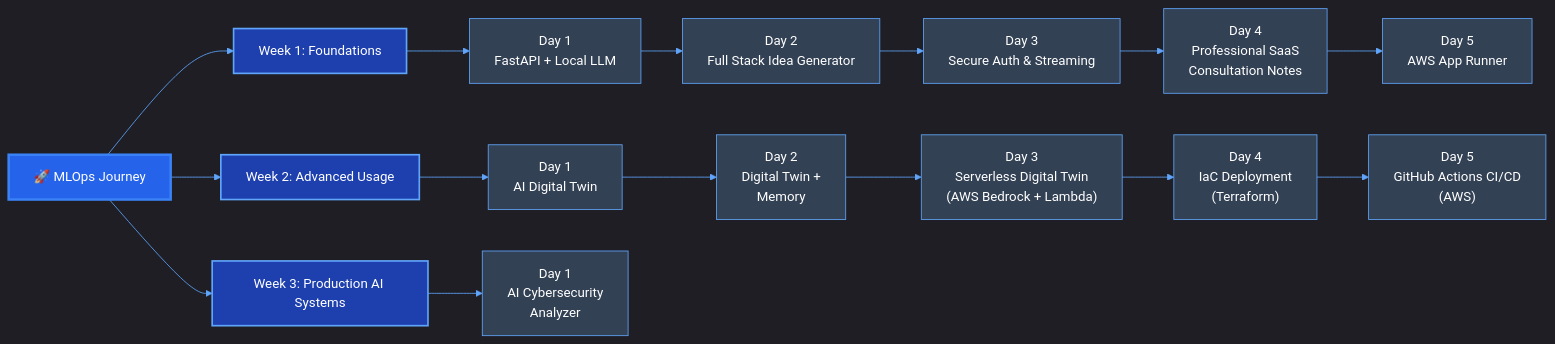
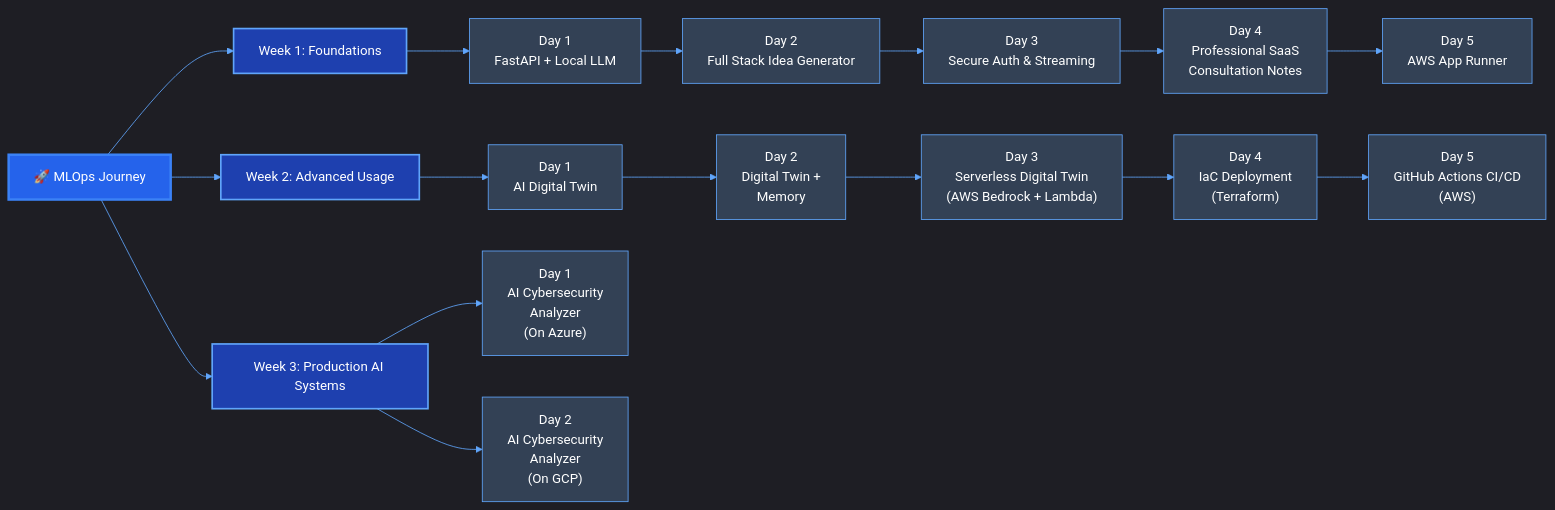
Before and after one commit to baloglu321/mlops-journey: the first of 3 diagrams in README.md, drawn with Mermaid. The commit also changed other lines of this file, not shown here.

````diff
--- a/README.md
+++ b/README.md
@@ -23,34 +23,36 @@
 ```mermaid
 %%{init: {'theme': 'dark', 'themeVariables': { 'primaryColor': '#2563eb', 'primaryTextColor': '#fff', 'primaryBorderColor': '#3b82f6', 'lineColor': '#60a5fa', 'secondaryColor': '#1e40af', 'tertiaryColor': '#1e3a8a'}}}%%
 graph LR
     A[🚀 MLOps Journey] --> B[Week 1: Foundations]
     B --> C[Day 1<br/>FastAPI + Local LLM]
     C --> D[Day 2<br/>Full Stack Idea Generator]
     D --> E[Day 3<br/>Secure Auth & Streaming]
     E --> F[Day 4<br/>Professional SaaS<br/>Consultation Notes]
     F --> G[Day 5<br/>AWS App Runner]
     A --> H[Week 2: Advanced Usage]
     H --> I[Day 1<br/>AI Digital Twin]
     I --> J[Day 2<br/>Digital Twin +<br/>Memory]
     J --> K["Day 3<br/>Serverless Digital Twin<br/>(AWS Bedrock + Lambda)"]
     K --> L["Day 4<br/>IaC Deployment<br/>(Terraform)"]
     L --> M["Day 5<br/>GitHub Actions CI/CD<br/>(AWS)"]
     A --> N[Week 3: Production AI Systems]
-    N --> O["Day 1<br/>AI Cybersecurity<br/>Analyzer"]
+    N --> O["Day 1<br/>AI Cybersecurity<br/>Analyzer<br/>(On Azure)"]
+    N --> P["Day 2<br/>AI Cybersecurity<br/>Analyzer<br/>(On GCP)"]
     
     style A fill:#2563eb,stroke:#3b82f6,stroke-width:3px,color:#fff
     style B fill:#1e40af,stroke:#60a5fa,stroke-width:2px,color:#fff
     style C fill:#334155,stroke:#60a5fa,color:#fff
     style D fill:#334155,stroke:#60a5fa,color:#fff
     style E fill:#334155,stroke:#60a5fa,color:#fff
     style F fill:#334155,stroke:#60a5fa,color:#fff
     style G fill:#334155,stroke:#60a5fa,color:#fff
     style H fill:#1e40af,stroke:#60a5fa,stroke-width:2px,color:#fff
     style I fill:#334155,stroke:#60a5fa,color:#fff
     style J fill:#334155,stroke:#60a5fa,color:#fff
     style K fill:#334155,stroke:#60a5fa,color:#fff
     style L fill:#334155,stroke:#60a5fa,color:#fff
     style M fill:#334155,stroke:#60a5fa,color:#fff
     style N fill:#1e40af,stroke:#60a5fa,stroke-width:2px,color:#fff
     style O fill:#334155,stroke:#60a5fa,color:#fff
+    style P fill:#334155,stroke:#60a5fa,color:#fff
 ```
````
